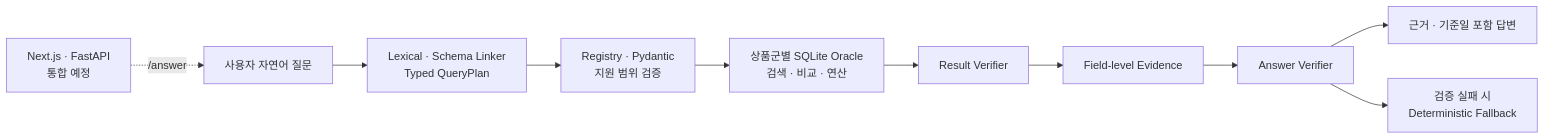
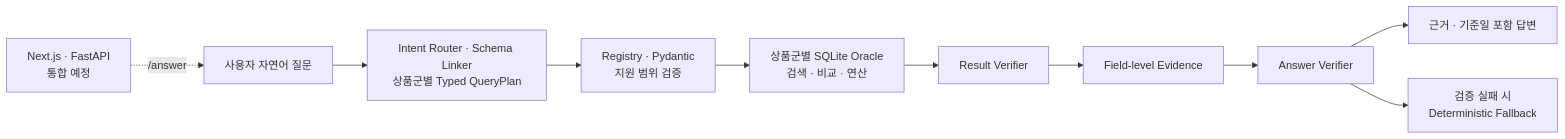
Before and after one commit to Hyunhoim/gaeng3: the diagram in README.md, drawn with Mermaid. The commit also changed other lines of this file and 31 other files, not shown here.

````diff
--- a/README.md
+++ b/README.md
@@ -53,12 +55,12 @@
 ```mermaid
 flowchart LR
     APP["Next.js · FastAPI<br/>통합 예정"] -. "/answer" .-> Q["사용자 자연어 질문"]
-    Q --> P["Lexical · Schema Linker<br/>Typed QueryPlan"]
+    Q --> P["Intent Router · Schema Linker<br/>상품군별 Typed QueryPlan"]
     P --> C["Registry · Pydantic<br/>지원 범위 검증"]
     C --> O["상품군별 SQLite Oracle<br/>검색 · 비교 · 연산"]
     O --> V["Result Verifier"]
     V --> E["Field-level Evidence"]
     E --> A["Answer Verifier"]
     A --> R["근거 · 기준일 포함 답변"]
     A --> F["검증 실패 시<br/>Deterministic Fallback"]
 ```
````
